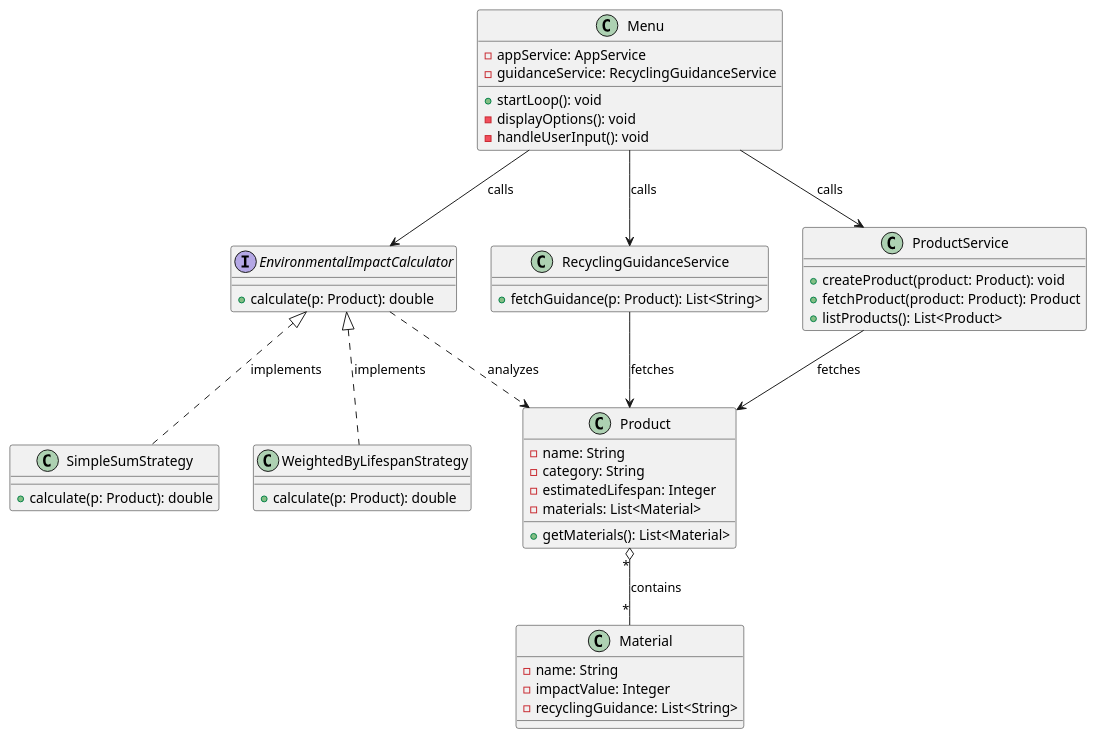
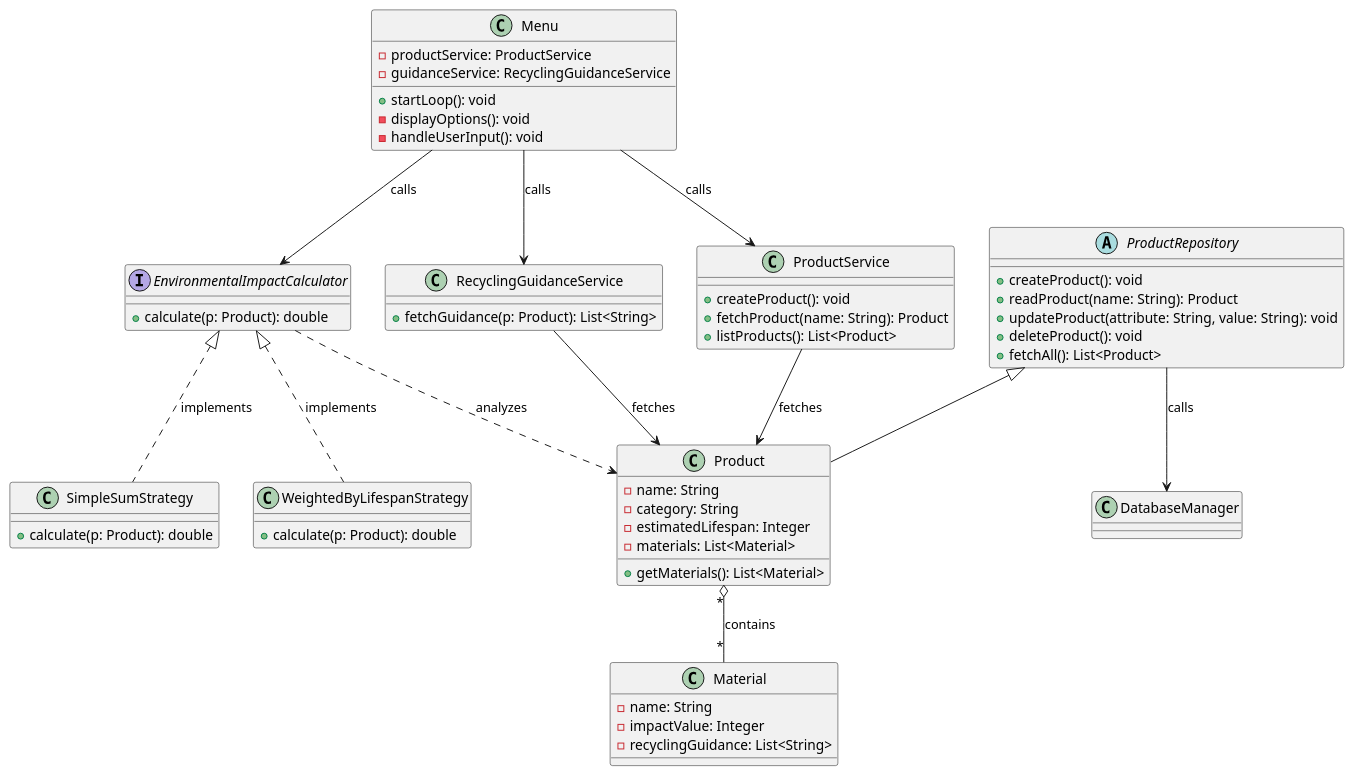
The diagram in dev-requirements.md (E11io77/OOD-project), drawn with PlantUML before and after one commit.

Commit message:
Updated UML diagram to reflect earlier discussions

````diff
--- a/dev-requirements.md
+++ b/dev-requirements.md
@@ -94,62 +94,76 @@
 ```puml
 @startuml
 class Menu {
-  - appService: AppService
+  - productService: ProductService
   - guidanceService: RecyclingGuidanceService
   + startLoop(): void
   - displayOptions(): void
   - handleUserInput(): void
 }
 
 class ProductService {
-  + createProduct(product: Product): void
-  + fetchProduct(product: Product): Product
+  + createProduct(): void
+  + fetchProduct(name: String): Product
   + listProducts(): List<Product>
 }
 
 interface EnvironmentalImpactCalculator {
   + calculate(p: Product): double
 }
 
 class WeightedByLifespanStrategy {
   + calculate(p: Product): double
 }
 
 class SimpleSumStrategy {
   + calculate(p: Product): double
 }
 
-class Product {
+class Product extends ProductRepository {
   - name: String
   - category: String
   - estimatedLifespan: Integer
   - materials: List<Material>
   + getMaterials(): List<Material>
 }
 
 class Material {
   - name: String
   - impactValue: Integer
   - recyclingGuidance: List<String>
 }
 
 class RecyclingGuidanceService {
   + fetchGuidance(p: Product): List<String>
 }
 
+abstract class ProductRepository {
+  + createProduct(): void
+  + readProduct(name: String): Product
+  + updateProduct(attribute: String, value: String): void
+  + deleteProduct(): void
+  + fetchAll(): List<Product>
+}
+
+class DatabaseManager {
+  
+}
+
 
 Menu --> ProductService : calls
 Menu --> RecyclingGuidanceService : calls
 Menu --> EnvironmentalImpactCalculator : calls
 
 ProductService --> Product : fetches
 RecyclingGuidanceService --> Product : fetches
 
 EnvironmentalImpactCalculator <|.. SimpleSumStrategy : implements
 EnvironmentalImpactCalculator <|.. WeightedByLifespanStrategy : implements
 
 EnvironmentalImpactCalculator ..> Product : analyzes
 
 Product "*" o-- "*" Material : contains
+
+ProductRepository --> DatabaseManager : calls
 @enduml
 ```
````
